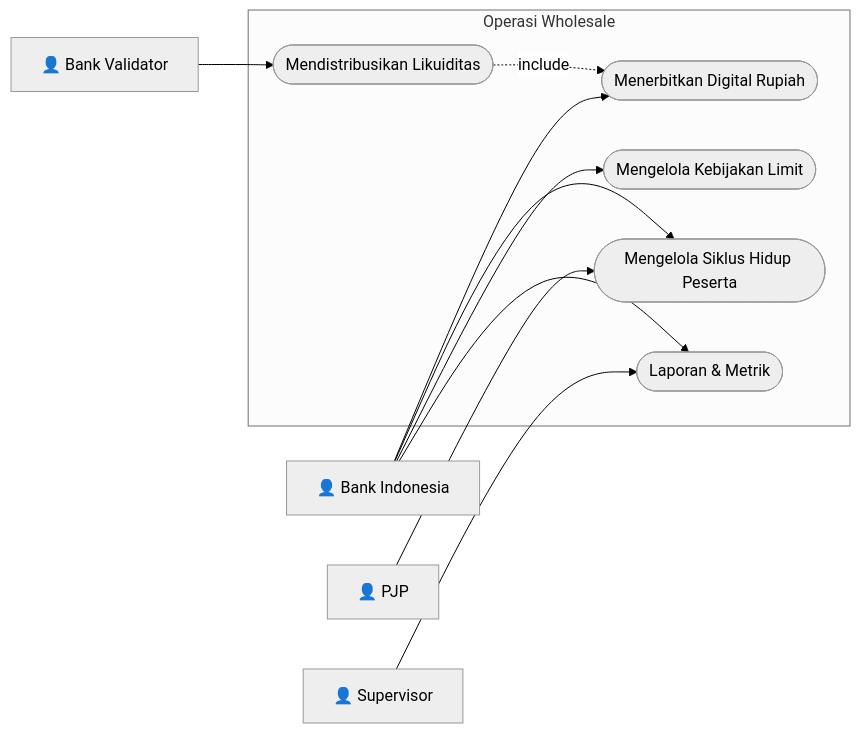
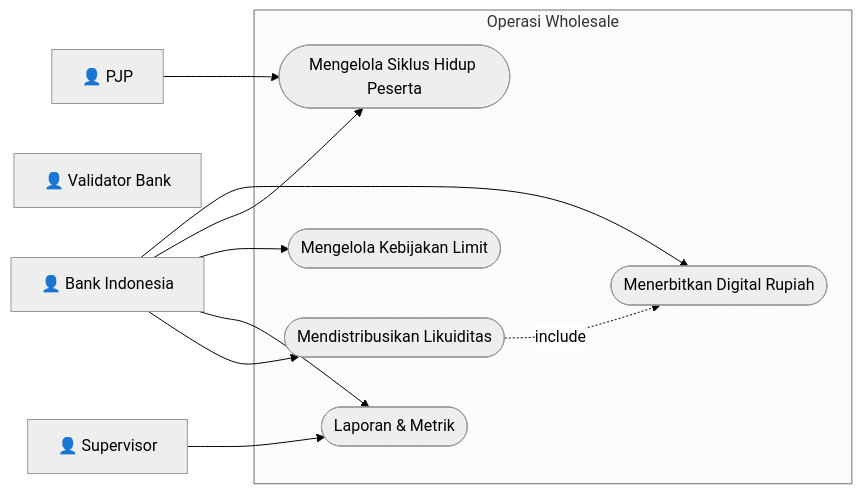
One commit to mfachrizalg/bi-coin changed the second of 3 diagrams in bi-coin-fabric/docs/diagrams/mermaid/use-case-diagrams.md. Above: the diagram before and after it, drawn with Mermaid. The commit also changed other lines of this file and 2186 other files, not shown here.

````diff
--- a/bi-coin-fabric/docs/diagrams/mermaid/use-case-diagrams.md
+++ b/bi-coin-fabric/docs/diagrams/mermaid/use-case-diagrams.md
@@ -48,26 +53,26 @@
 ```mermaid
 %%{init: {'theme': 'neutral', 'themeVariables': {'primaryColor': '#ffffff', 'primaryBorderColor': '#000000', 'lineColor': '#000000'}}}%%
 flowchart LR
     BI[👤 Bank Indonesia]
-    BV[👤 Bank Validator]
+    BV[👤 Validator Bank]
     PJP[👤 PJP]
     SV[👤 Supervisor]
 
     subgraph WHO["Operasi Wholesale"]
         UC1([Menerbitkan Digital Rupiah])
         UC2([Mendistribusikan Likuiditas])
         UC3([Mengelola Siklus Hidup Peserta])
         UC4([Mengelola Kebijakan Limit])
         UC6([Laporan & Metrik])
     end
 
     BI --> UC1
     BI --> UC3
     BI --> UC4
     BI --> UC6
-    BV --> UC2
+    BI --> UC2
     PJP --> UC3
     SV --> UC6
 
     UC2 -.->|include| UC1
 ```
````
